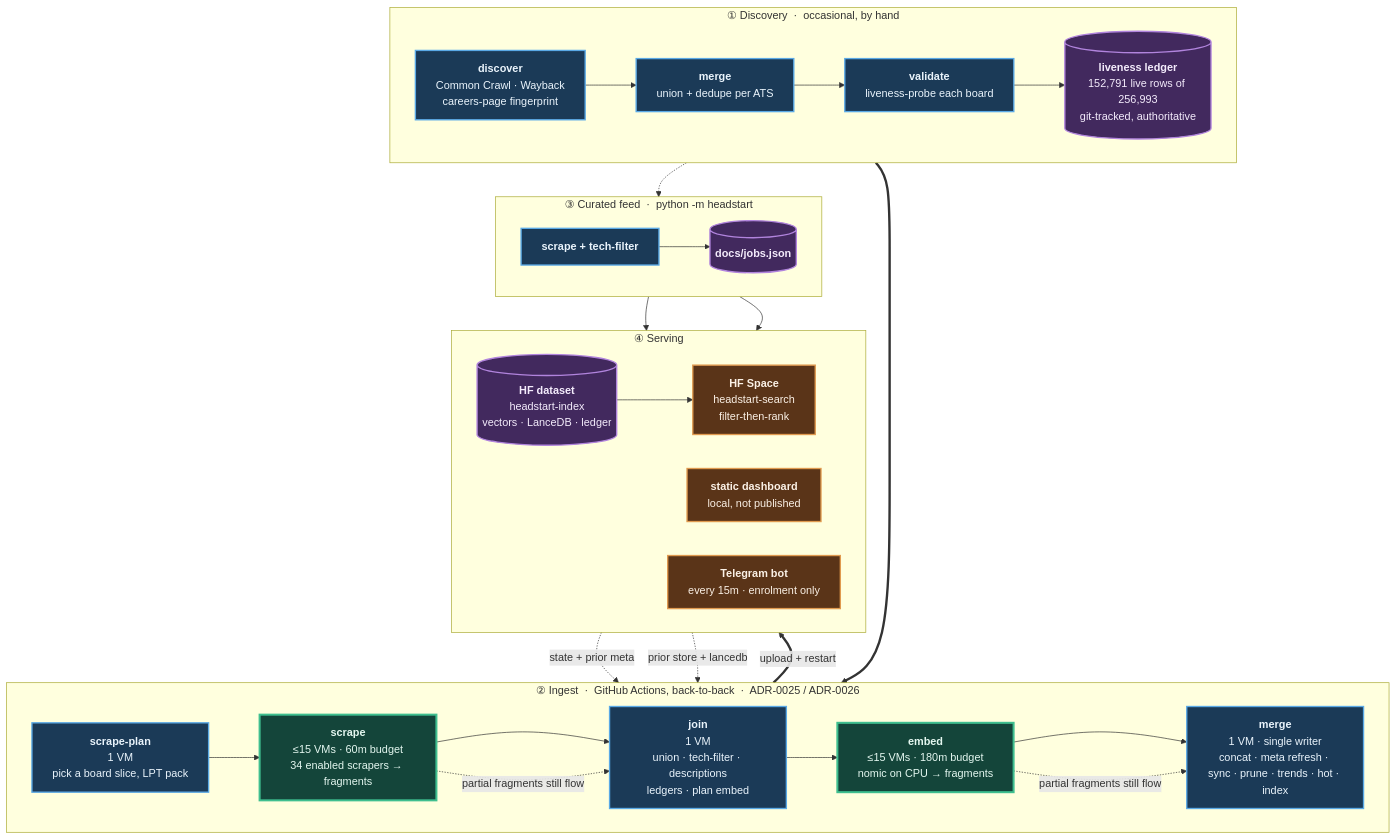
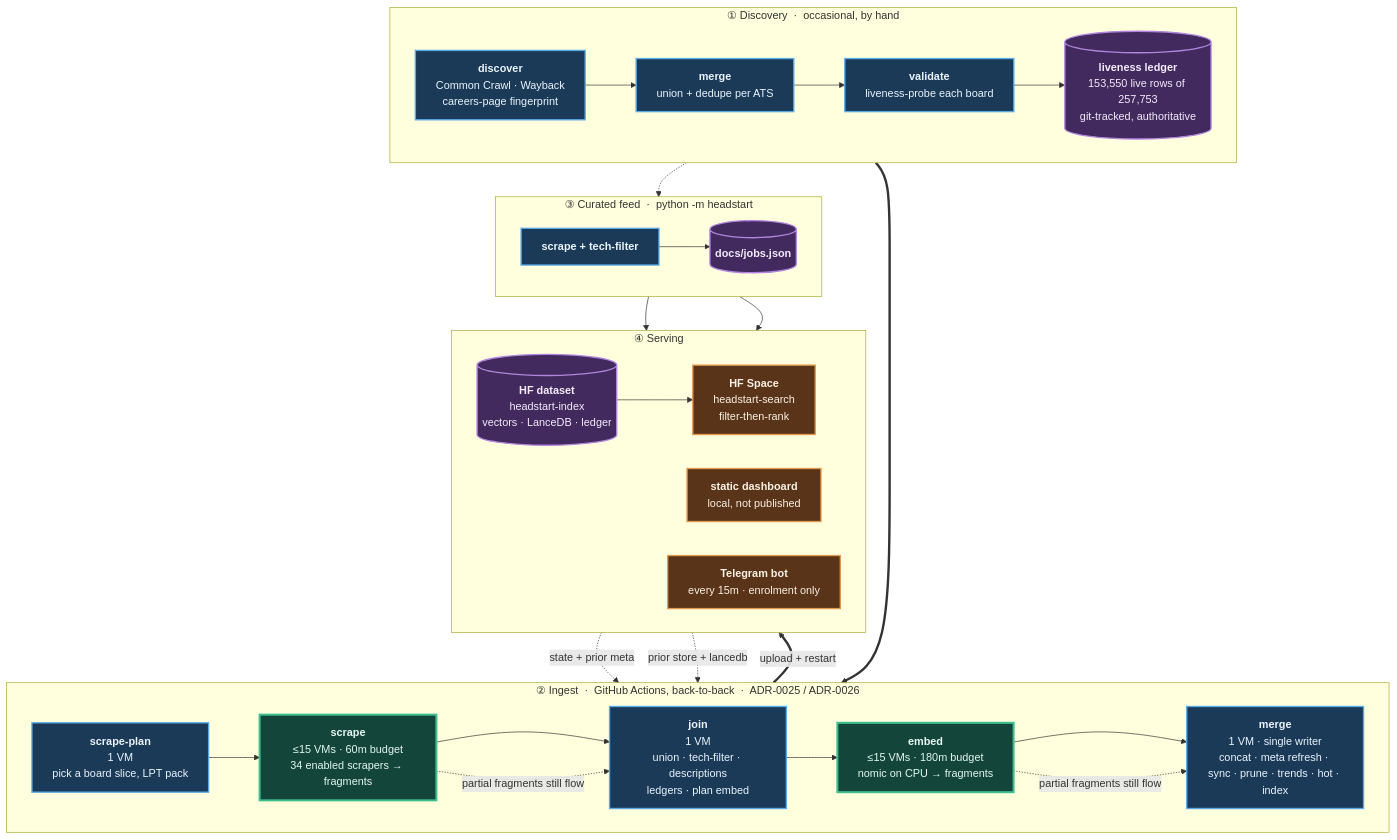
One commit to sarthakjain004/headstart changed the diagram in README.md. Above: the diagram before and after it, drawn with Mermaid. The commit also changed other lines of this file and 20 other files, not shown here.

````diff
--- a/README.md
+++ b/README.md
@@ -169,56 +169,56 @@
 ```mermaid
 flowchart TB
     subgraph D["① Discovery &nbsp;·&nbsp; occasional, by hand"]
         direction LR
         D1["<b>discover</b><br/>Common Crawl · Wayback<br/>careers-page fingerprint"]
         D2["<b>merge</b><br/>union + dedupe per ATS"]
         D3["<b>validate</b><br/>liveness-probe each board"]
-        D4[("<b>liveness ledger</b><br/>152,791 live rows of 256,993<br/>git-tracked, authoritative")]
+        D4[("<b>liveness ledger</b><br/>153,550 live rows of 257,753<br/>git-tracked, authoritative")]
         D1 --> D2 --> D3 --> D4
     end
 
     subgraph P["② Ingest &nbsp;·&nbsp; GitHub Actions, back-to-back &nbsp;·&nbsp; ADR-0025 / ADR-0026"]
         direction LR
         P1["<b>scrape-plan</b><br/>1 VM<br/>pick a board slice, LPT pack"]
         P2["<b>scrape</b><br/>≤15 VMs · 60m budget<br/>34 enabled scrapers → fragments"]
         P3["<b>join</b><br/>1 VM<br/>union · tech-filter · descriptions<br/>ledgers · plan embed"]
         P4["<b>embed</b><br/>≤15 VMs · 180m budget<br/>nomic on CPU → fragments"]
         P5["<b>merge</b><br/>1 VM · single writer<br/>concat · meta refresh · sync · prune · trends · hot · index"]
         P1 --> P2 --> P3 --> P4 --> P5
     end
 
     subgraph F["③ Curated feed &nbsp;·&nbsp; python -m headstart"]
         direction LR
         F1["<b>scrape + tech-filter</b>"]
         F2[("<b>docs/jobs.json</b>")]
         F1 --> F2
     end
 
     subgraph S["④ Serving"]
         direction LR
         S1[("<b>HF dataset</b><br/>headstart-index<br/>vectors · LanceDB · ledger")]
         S2["<b>HF Space</b><br/>headstart-search<br/>filter-then-rank"]
         S3["<b>static dashboard</b><br/>local, not published"]
         S4["<b>Telegram bot</b><br/>every 15m · enrolment only"]
         S1 --> S2
     end
 
     D4 ==> P1
     S1 -. "state + prior meta" .-> P1
     S1 -. "prior store + lancedb" .-> P5
     D4 -.-> F1
     P5 ==>|"upload + restart"| S1
     F2 --> S3
     F2 --> S4
     P2 -. "partial fragments still flow" .-> P3
     P4 -. "partial fragments still flow" .-> P5
 
     classDef serial fill:#1b3a57,stroke:#5aa9e6,stroke-width:2px,color:#eaf4fc
     classDef fan fill:#14453a,stroke:#3fbf8f,stroke-width:3px,color:#e4f7f0
     classDef store fill:#42295e,stroke:#b184dd,stroke-width:2px,color:#f4ecfc
     classDef serve fill:#5a3418,stroke:#e09a4f,stroke-width:2px,color:#fbf1e6
     class D1,D2,D3,P1,P3,P5,F1 serial
     class P2,P4 fan
     class D4,F2,S1 store
     class S2,S3,S4 serve
 ```
````
